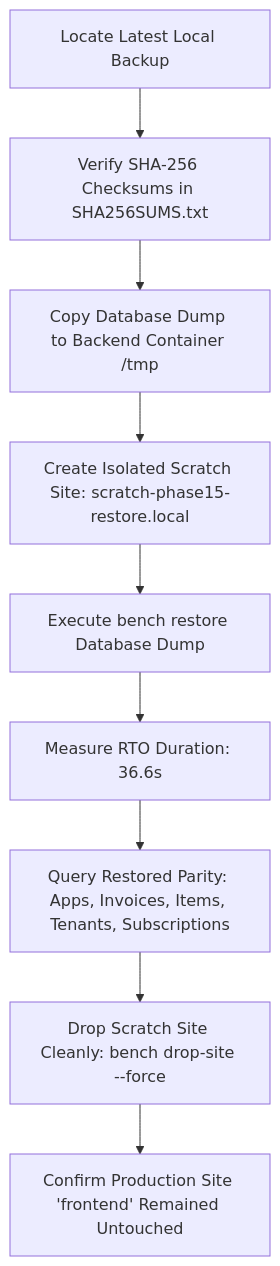
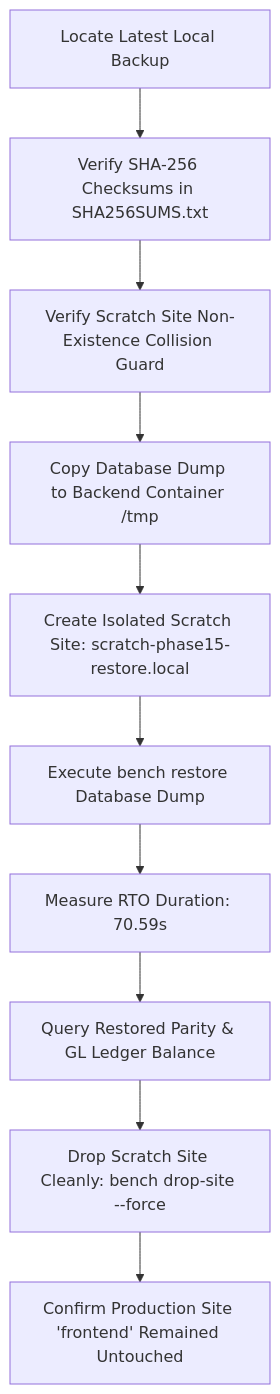
Before and after one commit to sukeshperiyasamy/department-store: the diagram in docs/launch/OFFSITE_BACKUP_AND_DR_SPECIFICATION.md, drawn with Mermaid. The commit also changed other lines of this file and 6 other files, not shown here.

Commit message:
feat(backup): confirm remote ci and add verified s3 download capability (Phase 15B)

````diff
--- a/docs/launch/OFFSITE_BACKUP_AND_DR_SPECIFICATION.md
+++ b/docs/launch/OFFSITE_BACKUP_AND_DR_SPECIFICATION.md
@@ -86,11 +90,12 @@
 ```mermaid
 flowchart TD
     A[Locate Latest Local Backup] --> B[Verify SHA-256 Checksums in SHA256SUMS.txt]
-    B --> C[Copy Database Dump to Backend Container /tmp]
-    C --> D[Create Isolated Scratch Site: scratch-phase15-restore.local]
-    D --> E[Execute bench restore Database Dump]
-    E --> F[Measure RTO Duration: 36.6s]
-    F --> G[Query Restored Parity: Apps, Invoices, Items, Tenants, Subscriptions]
-    G --> H[Drop Scratch Site Cleanly: bench drop-site --force]
-    H --> I[Confirm Production Site 'frontend' Remained Untouched]
+    B --> C[Verify Scratch Site Non-Existence Collision Guard]
+    C --> D[Copy Database Dump to Backend Container /tmp]
+    D --> E[Create Isolated Scratch Site: scratch-phase15-restore.local]
+    E --> F[Execute bench restore Database Dump]
+    F --> G[Measure RTO Duration: 70.59s]
+    G --> H[Query Restored Parity & GL Ledger Balance]
+    H --> I[Drop Scratch Site Cleanly: bench drop-site --force]
+    I --> J[Confirm Production Site 'frontend' Remained Untouched]
 ```
````
